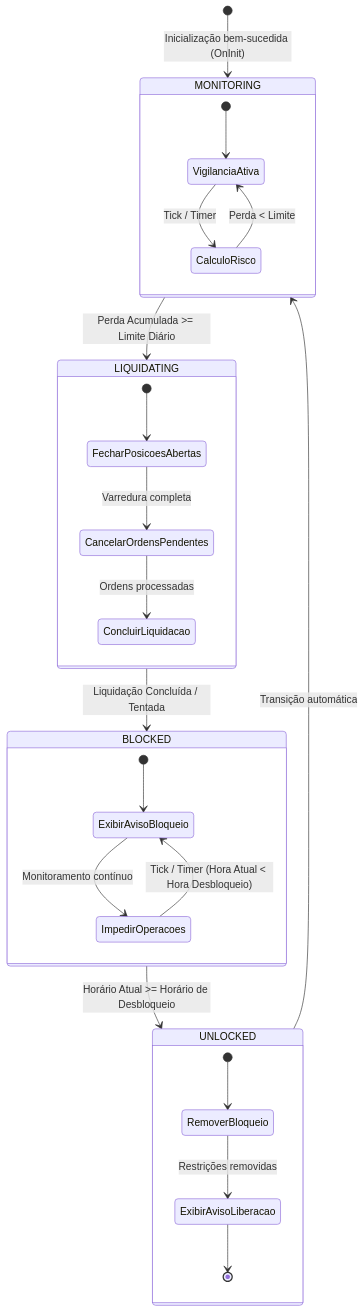
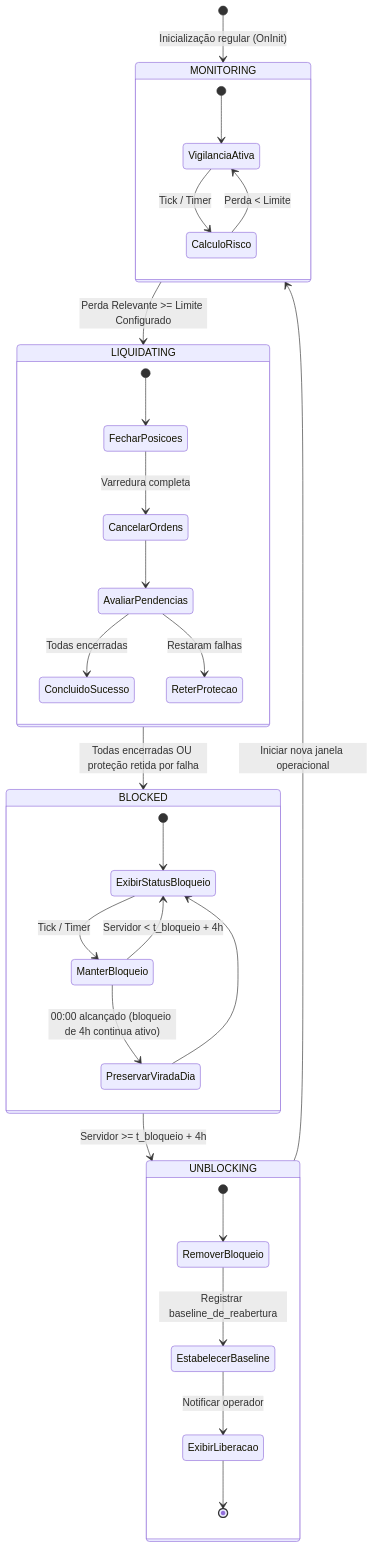
One commit to hallanbrito/eddytrader changed the second of 2 diagrams in docs/06-ARQUITETURA-CONCEITUAL.md. Above: the diagram before and after it, drawn with Mermaid. The commit also changed other lines of this file and 12 other files, not shown here.

````diff
--- a/docs/06-ARQUITETURA-CONCEITUAL.md
+++ b/docs/06-ARQUITETURA-CONCEITUAL.md
@@ -85,36 +82,41 @@
 ```mermaid
 stateDiagram-v2
-    [*] --> MONITORING : Inicialização bem-sucedida (OnInit)
+    [*] --> MONITORING : Inicialização regular (OnInit)
     
     state MONITORING {
         [*] --> VigilanciaAtiva
         VigilanciaAtiva --> CalculoRisco : Tick / Timer
         CalculoRisco --> VigilanciaAtiva : Perda < Limite
     }
 
-    MONITORING --> LIQUIDATING : Perda Acumulada >= Limite Diário
+    MONITORING --> LIQUIDATING : Perda Relevante >= Limite Configurado
     
     state LIQUIDATING {
-        [*] --> FecharPosicoesAbertas
-        FecharPosicoesAbertas --> CancelarOrdensPendentes : Varredura completa
-        CancelarOrdensPendentes --> ConcluirLiquidacao : Ordens processadas
+        [*] --> FecharPosicoes
+        FecharPosicoes --> CancelarOrdens : Varredura completa
+        CancelarOrdens --> AvaliarPendencias
+        AvaliarPendencias --> ConcluidoSucesso : Todas encerradas
+        AvaliarPendencias --> ReterProtecao : Restaram falhas
     }
 
-    LIQUIDATING --> BLOCKED : Liquidação Concluída / Tentada
+    LIQUIDATING --> BLOCKED : Todas encerradas OU proteção retida por falha
     
     state BLOCKED {
-        [*] --> ExibirAvisoBloqueio
-        ExibirAvisoBloqueio --> ImpedirOperacoes : Monitoramento contínuo
-        ImpedirOperacoes --> ExibirAvisoBloqueio : Tick / Timer (Hora Atual < Hora Desbloqueio)
+        [*] --> ExibirStatusBloqueio
+        ExibirStatusBloqueio --> ManterBloqueio : Tick / Timer
+        ManterBloqueio --> ExibirStatusBloqueio : Servidor < t_bloqueio + 4h
+        ManterBloqueio --> PreservarViradaDia : 00:00 alcançado (bloqueio de 4h continua ativo)
+        PreservarViradaDia --> ExibirStatusBloqueio
     }
 
-    BLOCKED --> UNLOCKED : Horário Atual >= Horário de Desbloqueio
+    BLOCKED --> UNBLOCKING : Servidor >= t_bloqueio + 4h
     
-    state UNLOCKED {
+    state UNBLOCKING {
         [*] --> RemoverBloqueio
-        RemoverBloqueio --> ExibirAvisoLiberacao : Restrições removidas
-        ExibirAvisoLiberacao --> [*]
+        RemoverBloqueio --> EstabelecerBaseline : Registrar baseline_de_reabertura
+        EstabelecerBaseline --> ExibirLiberacao : Notificar operador
+        ExibirLiberacao --> [*]
     }
 
-    UNLOCKED --> MONITORING : Transição automática
+    UNBLOCKING --> MONITORING : Iniciar nova janela operacional
 ```
````
